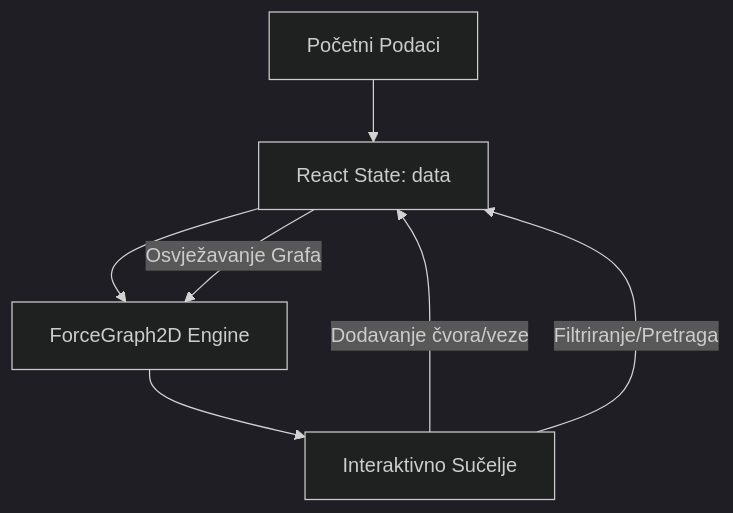
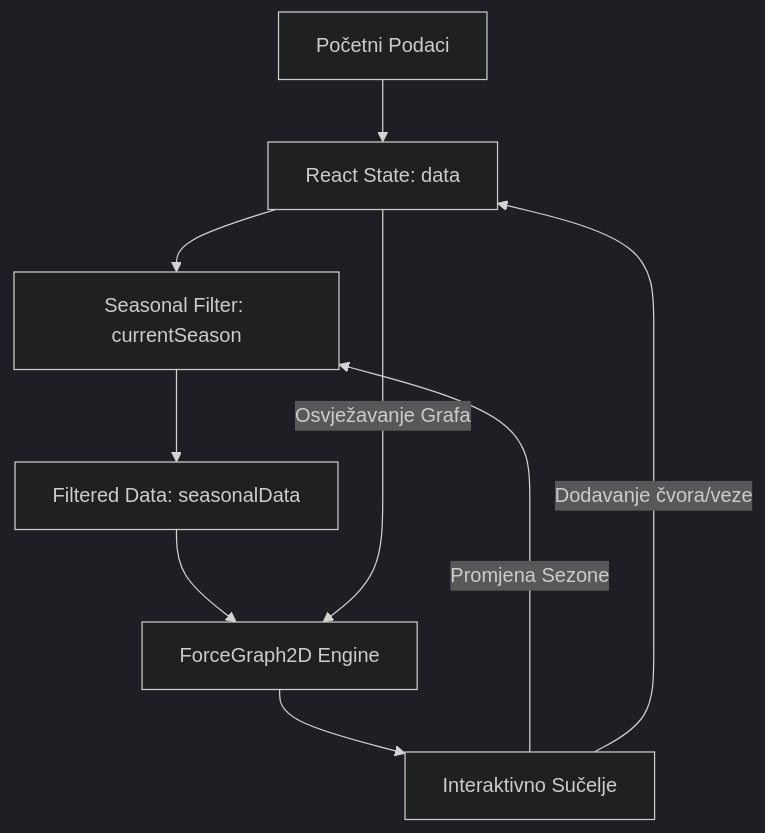
One commit to dlucija675-png/Analiza-likova-i-me-usobnih-odnosa-u-seriji-Smallwille- changed the first of 3 diagrams in report/report_1.md. Above: the diagram before and after it, drawn with Mermaid (dark theme). The commit also changed other lines of this file and 3 other files, not shown here.

First line of the commit message:
feat: Implement seasonal filtering for graph data

````diff
--- a/report/report_1.md
+++ b/report/report_1.md
@@ -21,9 +22,11 @@
 ```mermaid
 graph TD
     ID[Početni Podaci] --> S[React State: data]
-    S --> FG[ForceGraph2D Engine]
+    S --> SF[Seasonal Filter: currentSeason]
+    SF --> SD[Filtered Data: seasonalData]
+    SD --> FG[ForceGraph2D Engine]
     FG --> UI[Interaktivno Sučelje]
+    UI -- "Promjena Sezone" --> SF
     UI -- "Dodavanje čvora/veze" --> S
-    UI -- "Filtriranje/Pretraga" --> S
     S -- "Osvježavanje Grafa" --> FG
 ```
````
